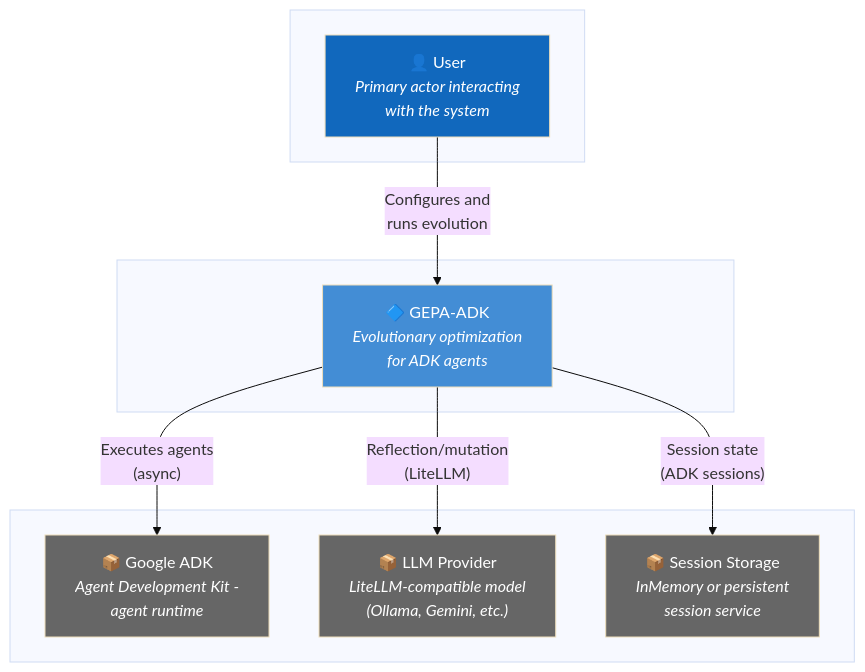
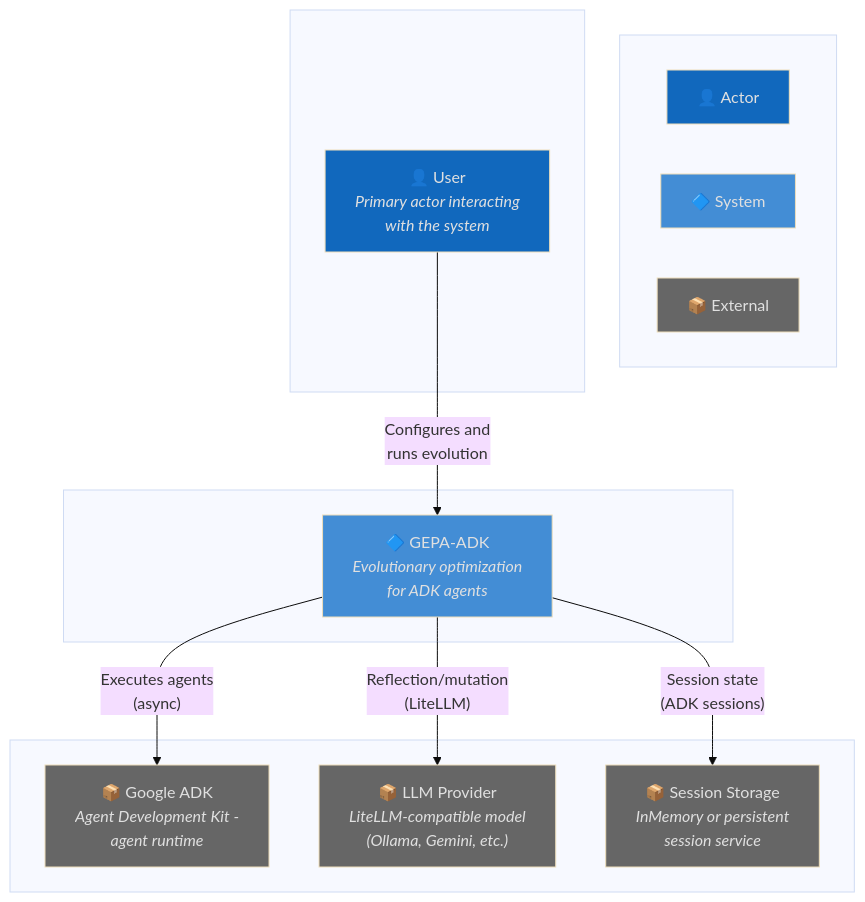
The first of 10 diagrams in .specify/templates/architecture-template.md (Alberto-Codes/gepa-adk), drawn with Mermaid (base theme) before and after one commit. The commit also changed other lines of this file, not shown here.

Commit message:
feat(spec): enhance architecture documentation with constraints section and improved flowchart legends for clarity

````diff
--- a/.specify/templates/architecture-template.md
+++ b/.specify/templates/architecture-template.md
@@ -47,27 +55,37 @@
 ```mermaid
 flowchart TB
+    subgraph Legend[" "]
+        direction LR
+        l1["👤 Actor"]
+        l2["🔷 System"]
+        l3["📦 External"]
+    end
+
     subgraph Actors[" "]
         user["👤 User<br/><i>Primary actor interacting<br/>with the system</i>"]
     end
 
     subgraph System[" "]
         gepa["🔷 GEPA-ADK<br/><i>Evolutionary optimization<br/>for ADK agents</i>"]
     end
 
     subgraph External[" "]
         adk["📦 Google ADK<br/><i>Agent Development Kit -<br/>agent runtime</i>"]
         llm["📦 LLM Provider<br/><i>LiteLLM-compatible model<br/>(Ollama, Gemini, etc.)</i>"]
         storage["📦 Session Storage<br/><i>InMemory or persistent<br/>session service</i>"]
     end
 
     user -->|"Configures and<br/>runs evolution"| gepa
     gepa -->|"Executes agents<br/>(async)"| adk
     gepa -->|"Reflection/mutation<br/>(LiteLLM)"| llm
     gepa -->|"Session state<br/>(ADK sessions)"| storage
 
-    style gepa fill:#438DD5,color:#fff
-    style adk fill:#666666,color:#fff
-    style llm fill:#666666,color:#fff
-    style storage fill:#666666,color:#fff
-    style user fill:#1168BD,color:#fff
+    style l1 fill:#1168BD,color:#E0E0E0
+    style l2 fill:#438DD5,color:#E0E0E0
+    style l3 fill:#666666,color:#E0E0E0
+    style gepa fill:#438DD5,color:#E0E0E0
+    style adk fill:#666666,color:#E0E0E0
+    style llm fill:#666666,color:#E0E0E0
+    style storage fill:#666666,color:#E0E0E0
+    style user fill:#1168BD,color:#E0E0E0
 ```
````
